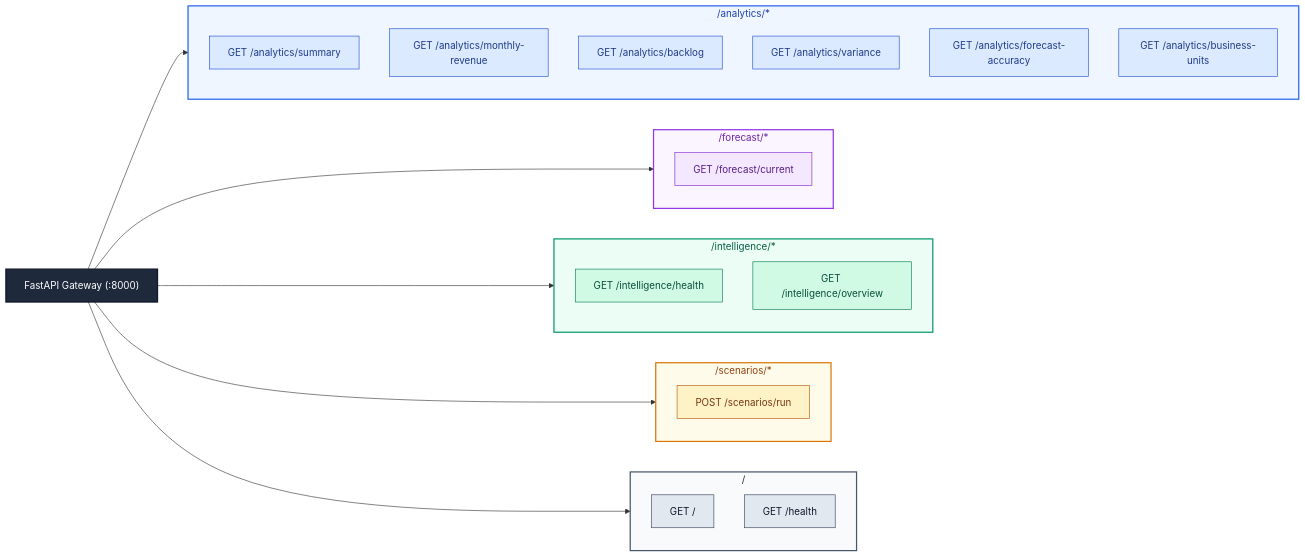
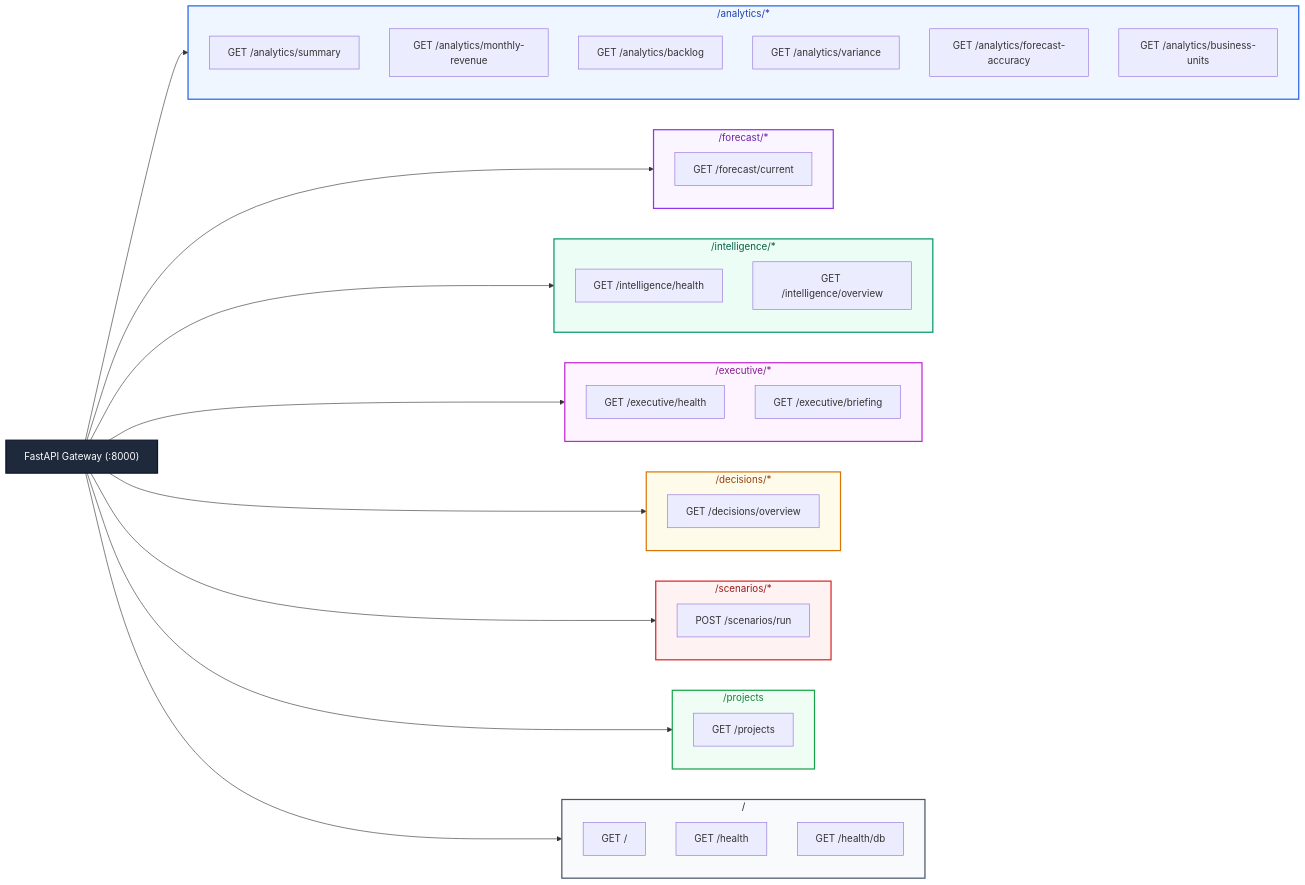
One commit to VED-VIVEK-TALMALEY/x-fin changed the first of 2 diagrams in docs/API.md. Above: the diagram before and after it, drawn with Mermaid. The commit also changed other lines of this file and 8 other files, not shown here.

````diff
--- a/docs/API.md
+++ b/docs/API.md
@@ -9,57 +9,57 @@
 ```mermaid
 graph LR
     API["FastAPI Gateway (:8000)"]
 
     subgraph Analytics["/analytics/*"]
         A1["GET /analytics/summary"]
         A2["GET /analytics/monthly-revenue"]
         A3["GET /analytics/backlog"]
         A4["GET /analytics/variance"]
         A5["GET /analytics/forecast-accuracy"]
         A6["GET /analytics/business-units"]
     end
 
     subgraph Forecast["/forecast/*"]
         F1["GET /forecast/current"]
     end
 
     subgraph Intelligence["/intelligence/*"]
         I1["GET /intelligence/health"]
         I2["GET /intelligence/overview"]
     end
 
+    subgraph Executive["/executive/*"]
+        E1["GET /executive/health"]
+        E2["GET /executive/briefing"]
+    end
+
+    subgraph Decisions["/decisions/*"]
+        D1["GET /decisions/overview"]
+    end
+
     subgraph Scenarios["/scenarios/*"]
         S1["POST /scenarios/run"]
+    end
+
+    subgraph Projects["/projects"]
+        P1["GET /projects"]
     end
 
     subgraph System["/"]
         SYS1["GET /"]
         SYS2["GET /health"]
+        SYS3["GET /health/db"]
     end
 
-    API --> Analytics & Forecast & Intelligence & Scenarios & System
+    API --> Analytics & Forecast & Intelligence & Executive & Decisions & Scenarios & Projects & System
 
     style API fill:#1E293B,stroke:#0F172A,stroke-width:2px,color:#FFFFFF
     style Analytics fill:#EFF6FF,stroke:#2563EB,stroke-width:2px,color:#1E40AF
     style Forecast fill:#FAF5FF,stroke:#9333EA,stroke-width:2px,color:#6B21A8
     style Intelligence fill:#ECFDF5,stroke:#059669,stroke-width:2px,color:#065F46
-    style Scenarios fill:#FFFBEB,stroke:#D97706,stroke-width:2px,color:#92400E
+    style Executive fill:#FDF4FF,stroke:#C026D3,stroke-width:2px,color:#86198F
+    style Decisions fill:#FFFBEB,stroke:#D97706,stroke-width:2px,color:#92400E
+    style Scenarios fill:#FEF2F2,stroke:#DC2626,stroke-width:2px,color:#991B1B
+    style Projects fill:#F0FDF4,stroke:#16A34A,stroke-width:2px,color:#15803D
     style System fill:#F8FAFC,stroke:#475569,stroke-width:2px,color:#1E293B
-
-    style A1 fill:#DBEAFE,stroke:#1D4ED8,stroke-width:1px,color:#1E3A8A
-    style A2 fill:#DBEAFE,stroke:#1D4ED8,stroke-width:1px,color:#1E3A8A
-    style A3 fill:#DBEAFE,stroke:#1D4ED8,stroke-width:1px,color:#1E3A8A
-    style A4 fill:#DBEAFE,stroke:#1D4ED8,stroke-width:1px,color:#1E3A8A
-    style A5 fill:#DBEAFE,stroke:#1D4ED8,stroke-width:1px,color:#1E3A8A
-    style A6 fill:#DBEAFE,stroke:#1D4ED8,stroke-width:1px,color:#1E3A8A
-
-    style F1 fill:#F3E8FF,stroke:#7E22CE,stroke-width:1px,color:#581C87
-
-    style I1 fill:#D1FAE5,stroke:#047857,stroke-width:1px,color:#064E3B
-    style I2 fill:#D1FAE5,stroke:#047857,stroke-width:1px,color:#064E3B
-
-    style S1 fill:#FEF3C7,stroke:#B45309,stroke-width:1px,color:#78350F
-
-    style SYS1 fill:#E2E8F0,stroke:#334155,stroke-width:1px,color:#0F172A
-    style SYS2 fill:#E2E8F0,stroke:#334155,stroke-width:1px,color:#0F172A
 ```
````
